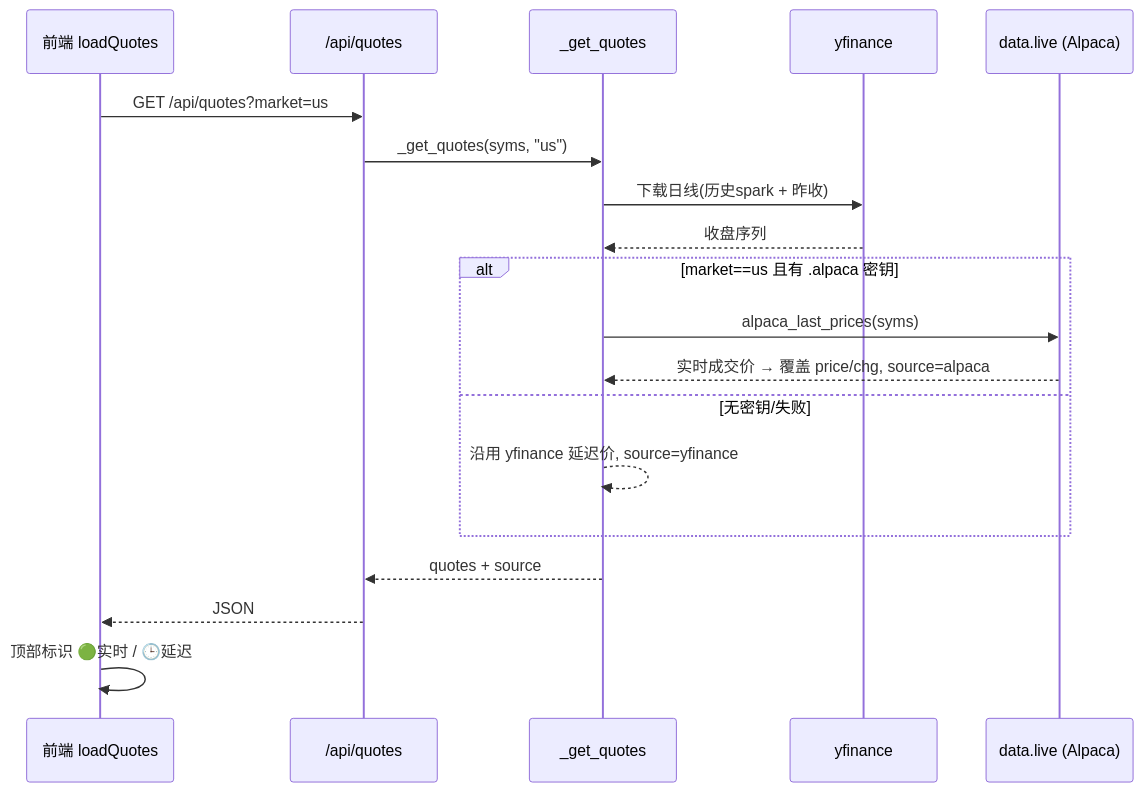
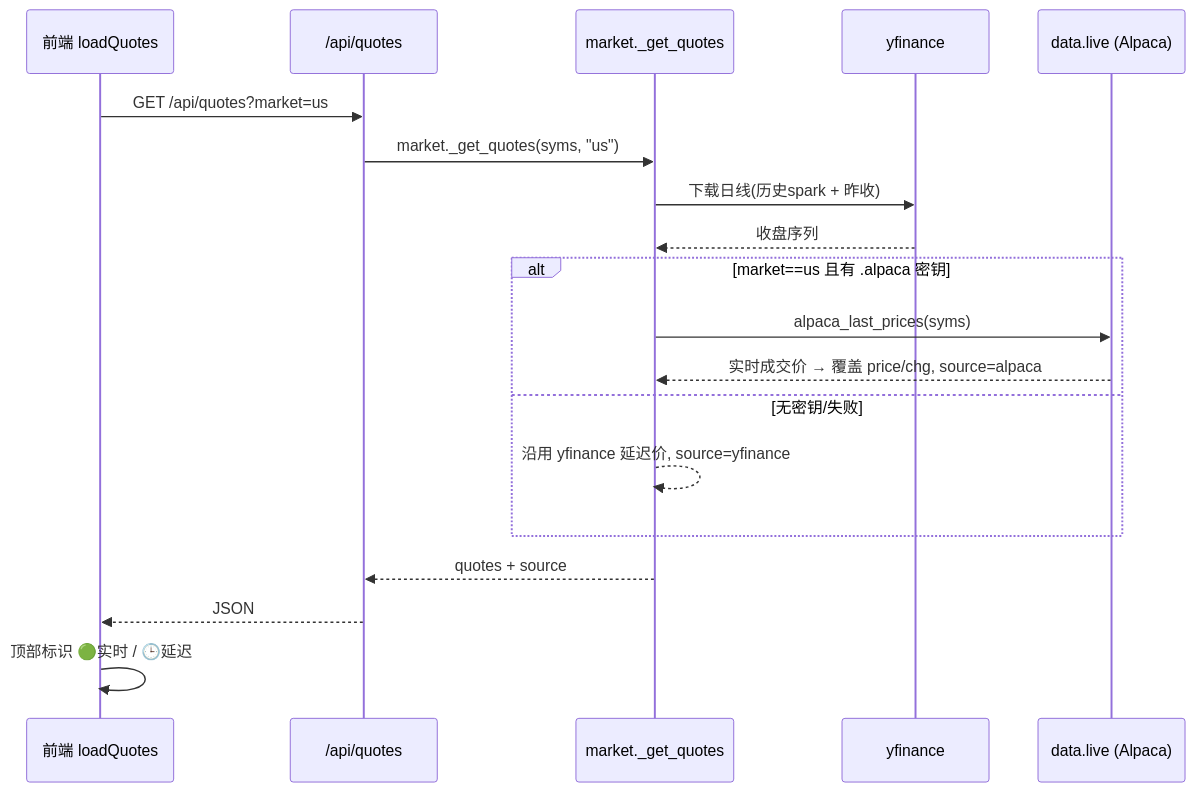
Before and after one commit to AnnCYW-cm/QuantMill: the seventh of 9 diagrams in docs/ARCHITECTURE.md, drawn with Mermaid. The commit also changed other lines of this file and 4 other files, not shown here.

````diff
--- a/docs/ARCHITECTURE.md
+++ b/docs/ARCHITECTURE.md
@@ -223,22 +223,22 @@
 ```mermaid
 sequenceDiagram
     participant FE as 前端 loadQuotes
     participant API as /api/quotes
-    participant Q as _get_quotes
+    participant Q as market._get_quotes
     participant YF as yfinance
     participant Live as data.live (Alpaca)
 
     FE->>API: GET /api/quotes?market=us
-    API->>Q: _get_quotes(syms, "us")
+    API->>Q: market._get_quotes(syms, "us")
     Q->>YF: 下载日线(历史spark + 昨收)
     YF-->>Q: 收盘序列
     alt market==us 且有 .alpaca 密钥
         Q->>Live: alpaca_last_prices(syms)
         Live-->>Q: 实时成交价 → 覆盖 price/chg, source=alpaca
     else 无密钥/失败
         Q-->>Q: 沿用 yfinance 延迟价, source=yfinance
     end
     Q-->>API: quotes + source
     API-->>FE: JSON
     FE->>FE: 顶部标识 🟢实时 / 🕒延迟
 ```
````
